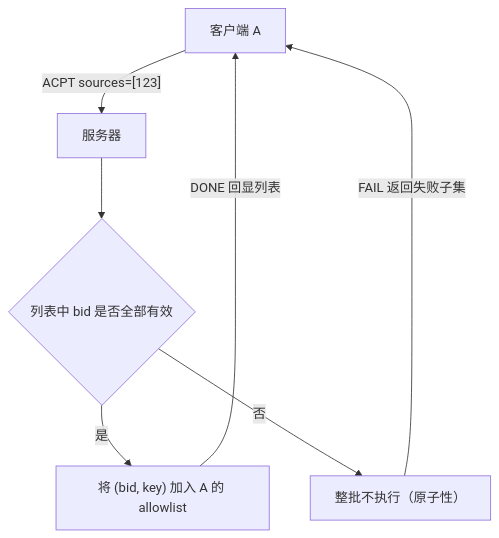
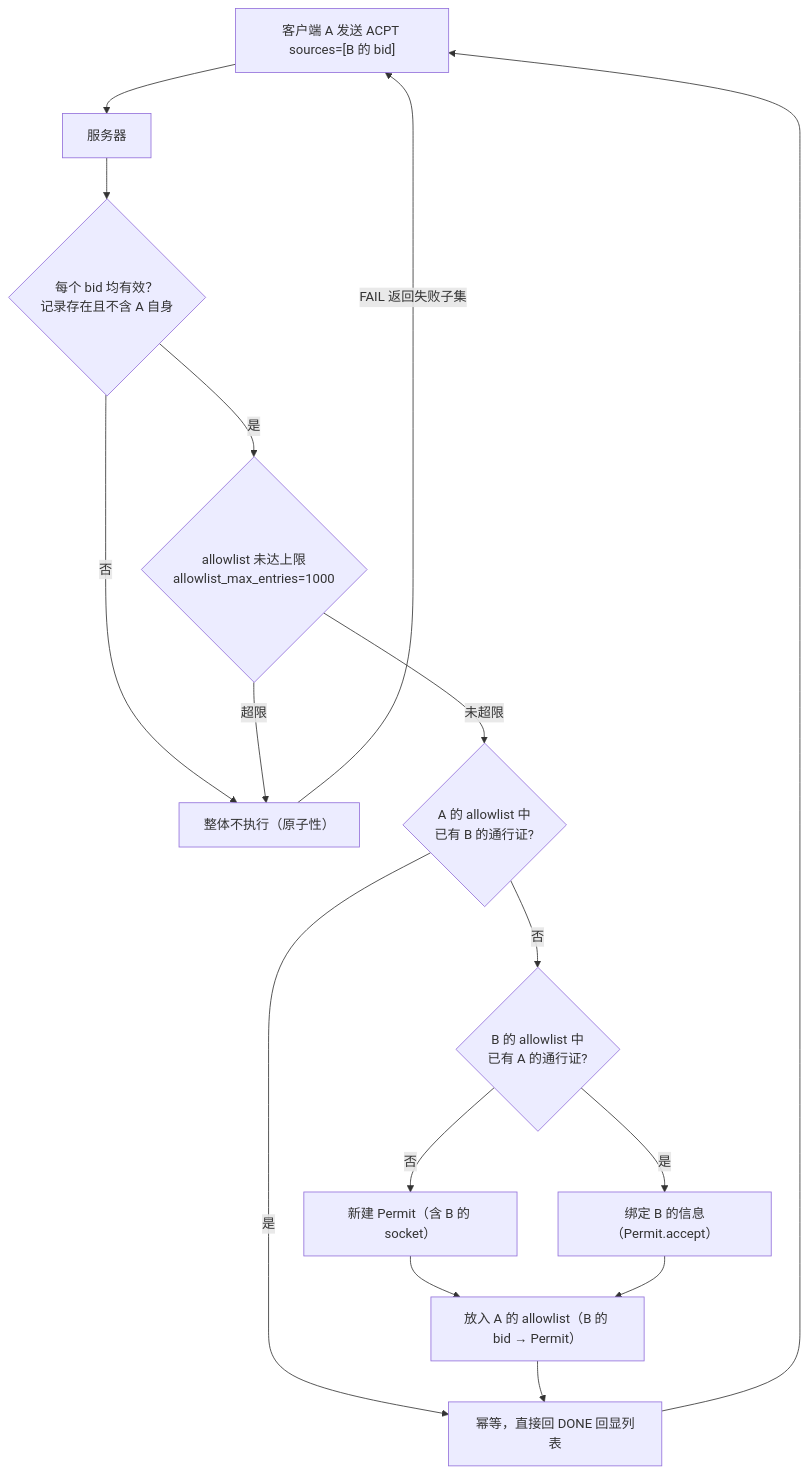
One commit to moky/magpie changed the fourth of 4 diagrams in docs/workflow.md. Above: the diagram before and after it, drawn with Mermaid. The commit also changed other lines of this file and 9 other files, not shown here.

````diff
--- a/docs/workflow.md
+++ b/docs/workflow.md
@@ -118,9 +133,18 @@
 ```mermaid
 flowchart TD
-    A["客户端 A"] -->|"ACPT sources=[123]"| S["服务器"]
-    S --> Q{"列表中 bid 是否全部有效"}
-    Q -->|"是"| Add["将 (bid, key) 加入 A 的 allowlist"]
-    Add -->|"DONE 回显列表"| A
-    Q -->|"否"| Drop["整批不执行（原子性）"]
-    Drop -->|"FAIL 返回失败子集"| A
+    A["客户端 A 发送 ACPT sources=[B 的 bid]"] --> S["服务器"]
+    S --> Q{"每个 bid 均有效？<br/>记录存在且不含 A 自身"}
+    Q -->|"否"| Fail["整体不执行（原子性）"]
+    Fail -->|"FAIL 返回失败子集"| A
+    Q -->|"是"| Cap{"allowlist 未达上限<br/>allowlist_max_entries=1000"}
+    Cap -->|"超限"| Fail
+    Cap -->|"未超限"| Chk{"A 的 allowlist 中<br/>已有 B 的通行证?"}
+    Chk -->|"是"| Done["幂等，直接回 DONE 回显列表"]
+    Chk -->|"否"| Chk2{"B 的 allowlist 中<br/>已有 A 的通行证?"}
+    Chk2 -->|"否"| New["新建 Permit（含 B 的 socket）"]
+    Chk2 -->|"是"| Bind["绑定 B 的信息（Permit.accept）"]
+    New --> Put["放入 A 的 allowlist（B 的 bid → Permit）"]
+    Bind --> Put
+    Put --> Done
+    Done --> A
 ```
````
